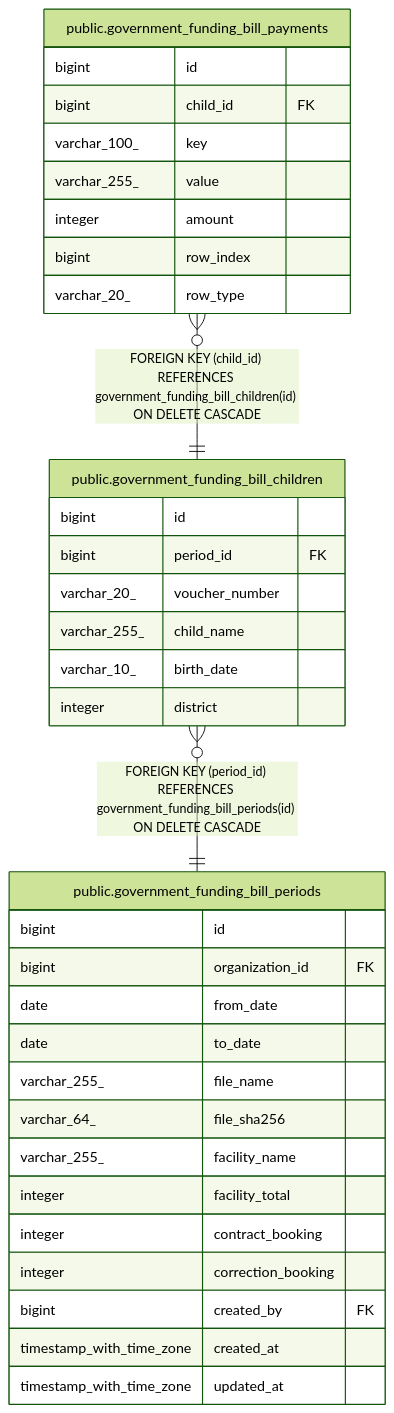
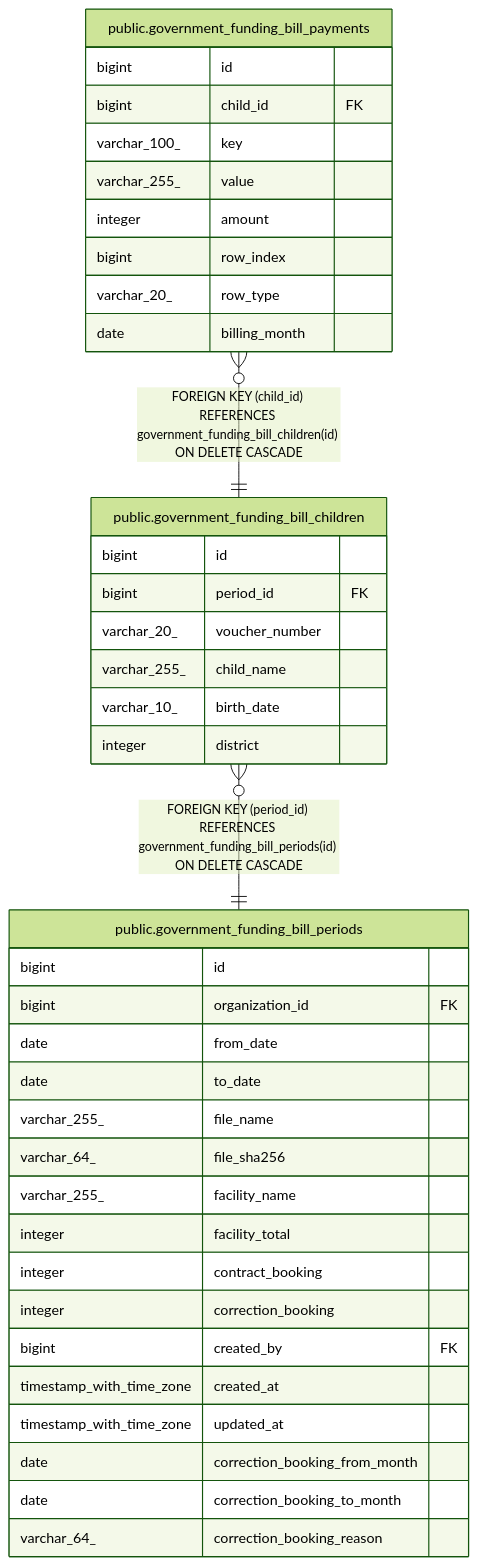
Before and after one commit to eenemeene/kitamanager-go: the diagram in docs/schema/public.government_funding_bill_payments.md, drawn with Mermaid (forest theme). The commit also changed other lines of this file and 29 other files, not shown here.

First line of the commit message:
docs(schema): regenerate; the diagram was five tables stale

````diff
--- a/docs/schema/public.government_funding_bill_payments.md
+++ b/docs/schema/public.government_funding_bill_payments.md
@@ -40,39 +39,43 @@
 ```mermaid
 erDiagram
 
 "public.government_funding_bill_payments" }o--|| "public.government_funding_bill_children" : "FOREIGN KEY (child_id) REFERENCES government_funding_bill_children(id) ON DELETE CASCADE"
 "public.government_funding_bill_children" }o--|| "public.government_funding_bill_periods" : "FOREIGN KEY (period_id) REFERENCES government_funding_bill_periods(id) ON DELETE CASCADE"
 
 "public.government_funding_bill_payments" {
   bigint id
   bigint child_id FK
   varchar_100_ key
   varchar_255_ value
   integer amount
   bigint row_index
   varchar_20_ row_type
+  date billing_month
 }
 "public.government_funding_bill_children" {
   bigint id
   bigint period_id FK
   varchar_20_ voucher_number
   varchar_255_ child_name
   varchar_10_ birth_date
   integer district
 }
 "public.government_funding_bill_periods" {
   bigint id
   bigint organization_id FK
   date from_date
   date to_date
   varchar_255_ file_name
   varchar_64_ file_sha256
   varchar_255_ facility_name
   integer facility_total
   integer contract_booking
   integer correction_booking
   bigint created_by FK
   timestamp_with_time_zone created_at
   timestamp_with_time_zone updated_at
+  date correction_booking_from_month
+  date correction_booking_to_month
+  varchar_64_ correction_booking_reason
 }
 ```
````
